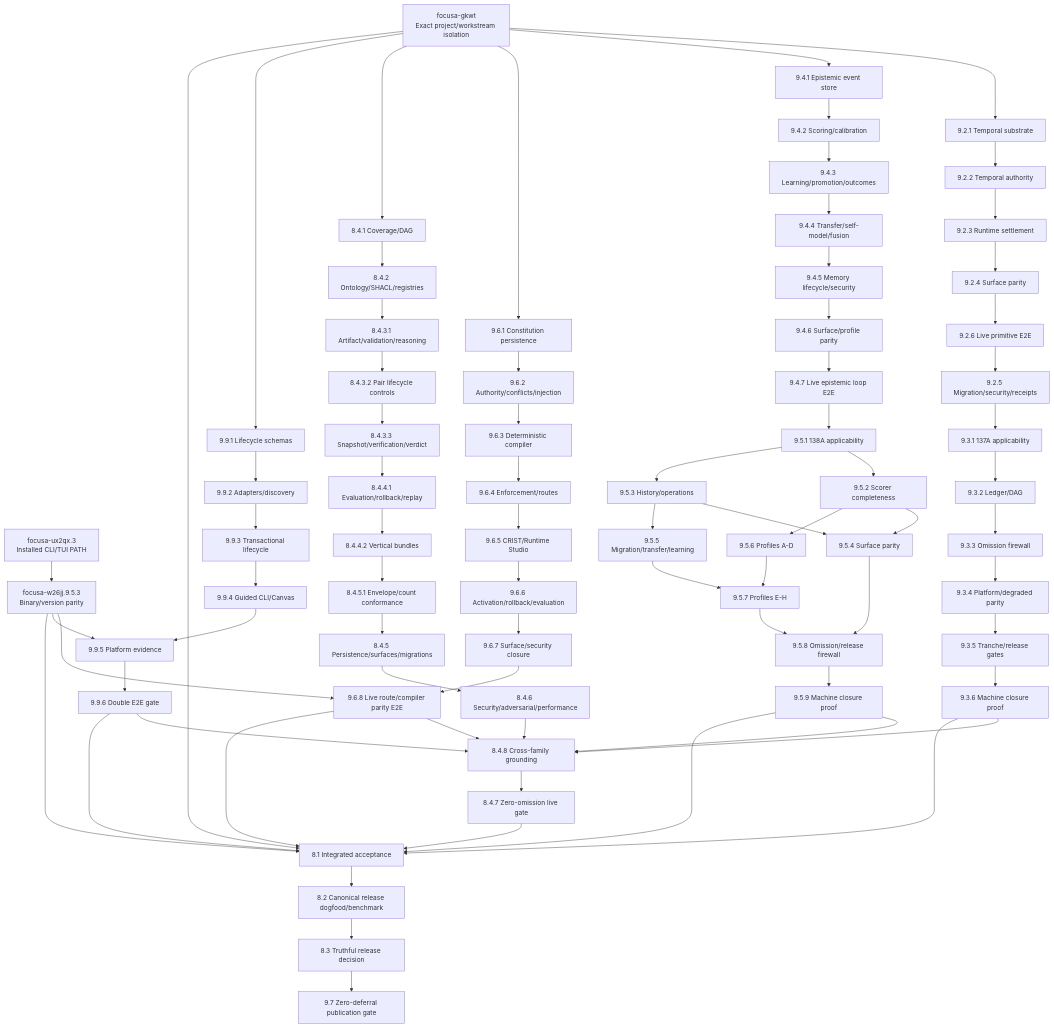
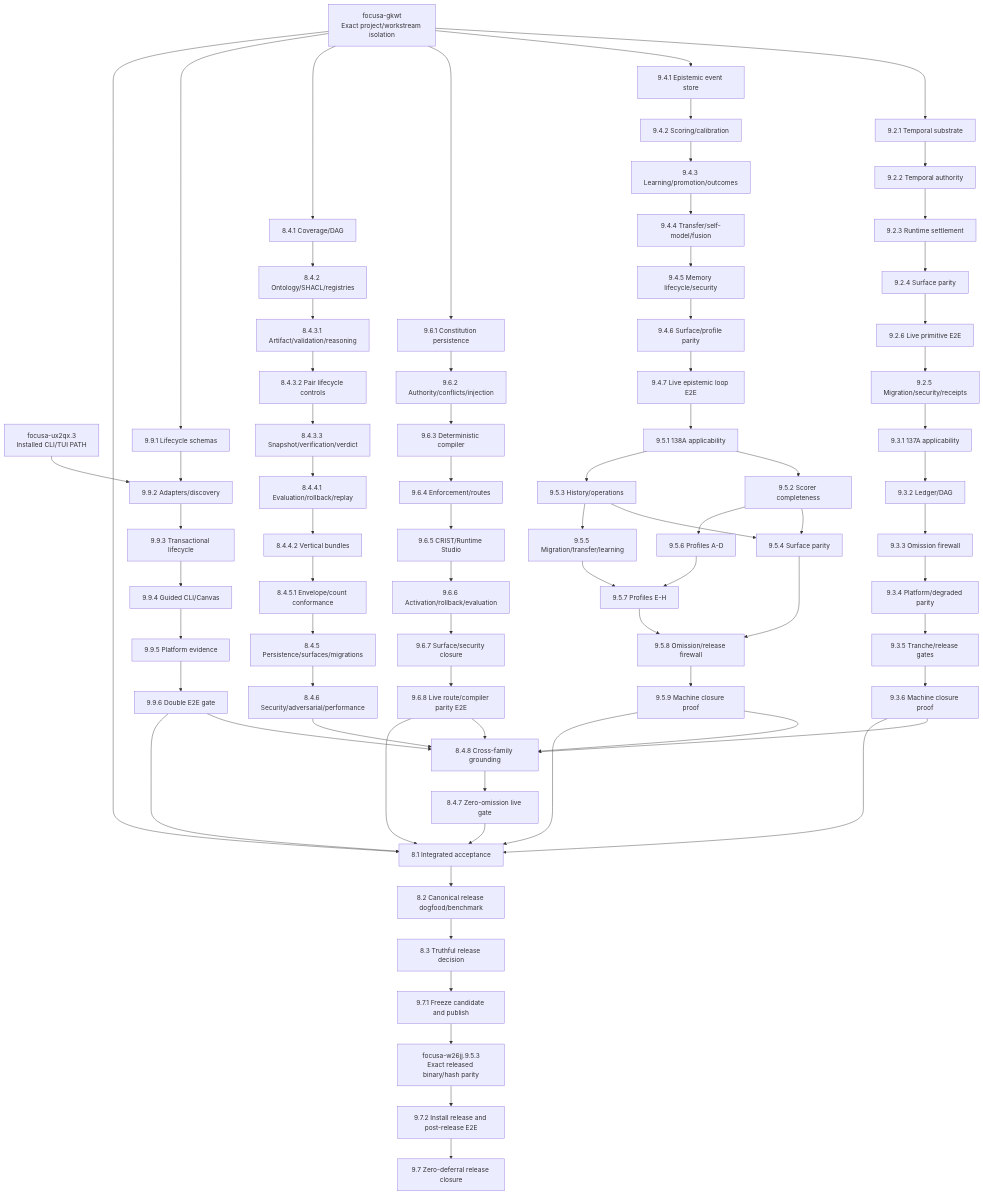
One commit to Startempire-Wire/focusa changed the diagram in docs/153-focusa-locked-release-repair-task-graph.md. Above: the diagram before and after it, drawn with Mermaid. The commit also changed other lines of this file and 1 other file, not shown here.

Commit message:
fix: detect installed Pi runtime inventory

````diff
--- a/docs/153-focusa-locked-release-repair-task-graph.md
+++ b/docs/153-focusa-locked-release-repair-task-graph.md
@@ -10,7 +10,7 @@
 flowchart TD
   SCOPE[focusa-gkwt\nExact project/workstream isolation]
   PATH[focusa-ux2qx.3\nInstalled CLI/TUI PATH]
-  BIN[focusa-w26jj.9.5.3\nBinary/version parity]
+  BIN[focusa-w26jj.9.5.3\nExact released binary/hash parity]
 
   T1[9.2.1 Temporal substrate]
   T2[9.2.2 Temporal authority]
@@ -74,7 +74,9 @@
   ACCEPT[8.1 Integrated acceptance]
   DOGFOOD[8.2 Canonical release dogfood/benchmark]
   DECIDE[8.3 Truthful release decision]
-  FINAL[9.7 Zero-deferral publication gate]
+  PUBLISH[9.7.1 Freeze candidate and publish]
+  POST[9.7.2 Install release and post-release E2E]
+  FINAL[9.7 Zero-deferral release closure]
 
   SCOPE --> T1
   T1 --> T2 --> T3 --> T4 --> T6 --> T5 --> TA1 --> TA2 --> TA3 --> TA4 --> TA5 --> TA6
@@ -93,7 +95,6 @@
 
   SCOPE --> R1
   R1 --> R2 --> R3 --> R4 --> R5 --> R6 --> R7 --> R8
-  BIN --> R8
 
   SCOPE --> O1 --> O2 --> OA --> OB --> OC --> OD --> OE --> OF
   OF --> O5 --> O6 --> O8 --> O7
@@ -102,7 +103,7 @@
   PA9 --> O8
 
   SCOPE --> I1 --> I2 --> I3 --> I4 --> I5 --> I6
-  PATH --> BIN --> I5
+  PATH --> I2
   I6 --> O8
 
   TA6 --> ACCEPT
@@ -110,7 +111,7 @@
   R8 --> ACCEPT
   O7 --> ACCEPT
   I6 --> ACCEPT
-  BIN --> ACCEPT
   SCOPE --> ACCEPT
-  ACCEPT --> DOGFOOD --> DECIDE --> FINAL
+  ACCEPT --> DOGFOOD --> DECIDE --> PUBLISH
+  PUBLISH --> BIN --> POST --> FINAL
 ```
````
